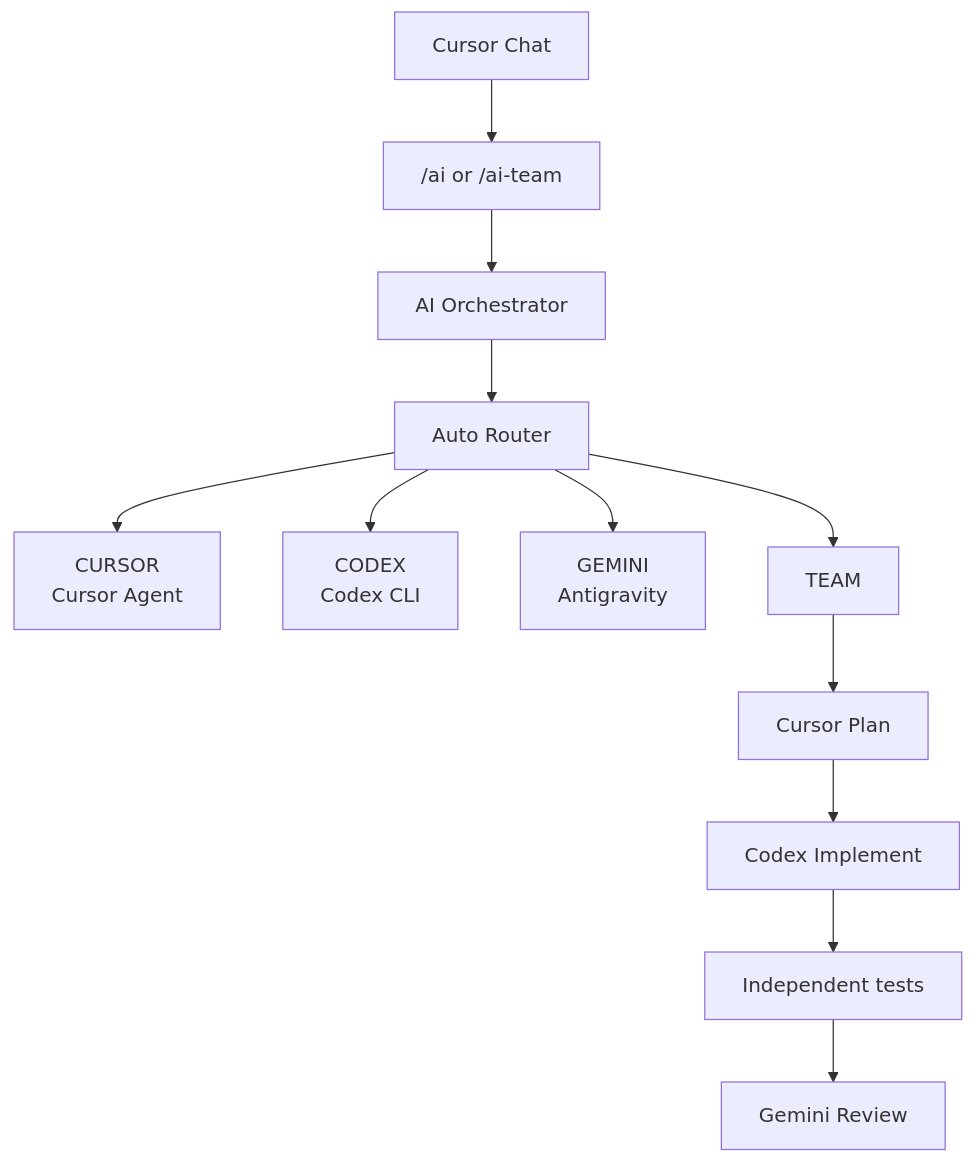
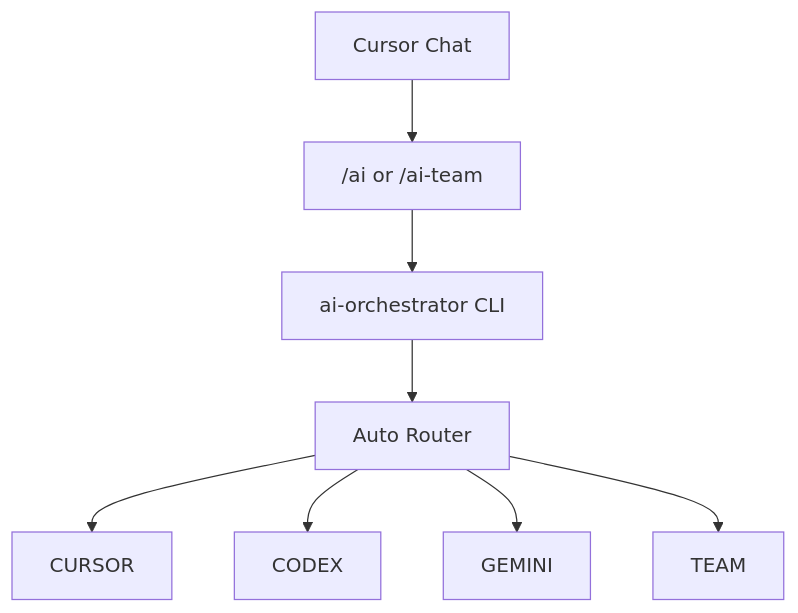
The diagram in README.md (trisha918/multi-model-ai-orchestrator), drawn with Mermaid before and after one commit. The commit also changed other lines of this file and 31 other files, not shown here.

````diff
--- a/README.md
+++ b/README.md
@@ -24,22 +74,17 @@
 ```mermaid
 flowchart TD
   chat[Cursor Chat]
   skill["/ai or /ai-team"]
-  orch[AI Orchestrator]
+  orch[ai-orchestrator CLI]
   router[Auto Router]
-  cursor[CURSOR<br/>Cursor Agent]
-  codex[CODEX<br/>Codex CLI]
-  gemini[GEMINI<br/>Antigravity]
+  cursor[CURSOR]
+  codex[CODEX]
+  gemini[GEMINI]
   team[TEAM]
 
   chat --> skill --> orch --> router
   router --> cursor
   router --> codex
   router --> gemini
   router --> team
-
-  team --> plan[Cursor Plan]
-  plan --> impl[Codex Implement]
-  impl --> tests[Independent tests]
-  tests --> review[Gemini Review]
 ```
````
